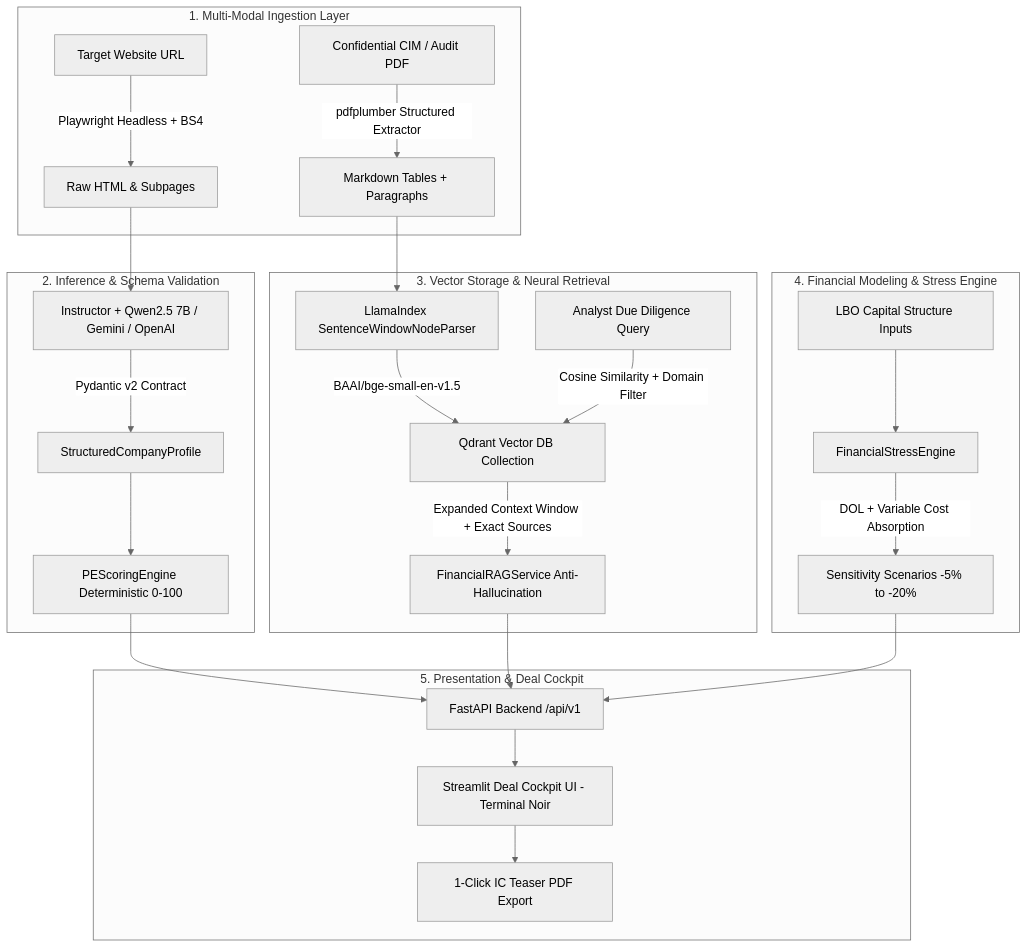
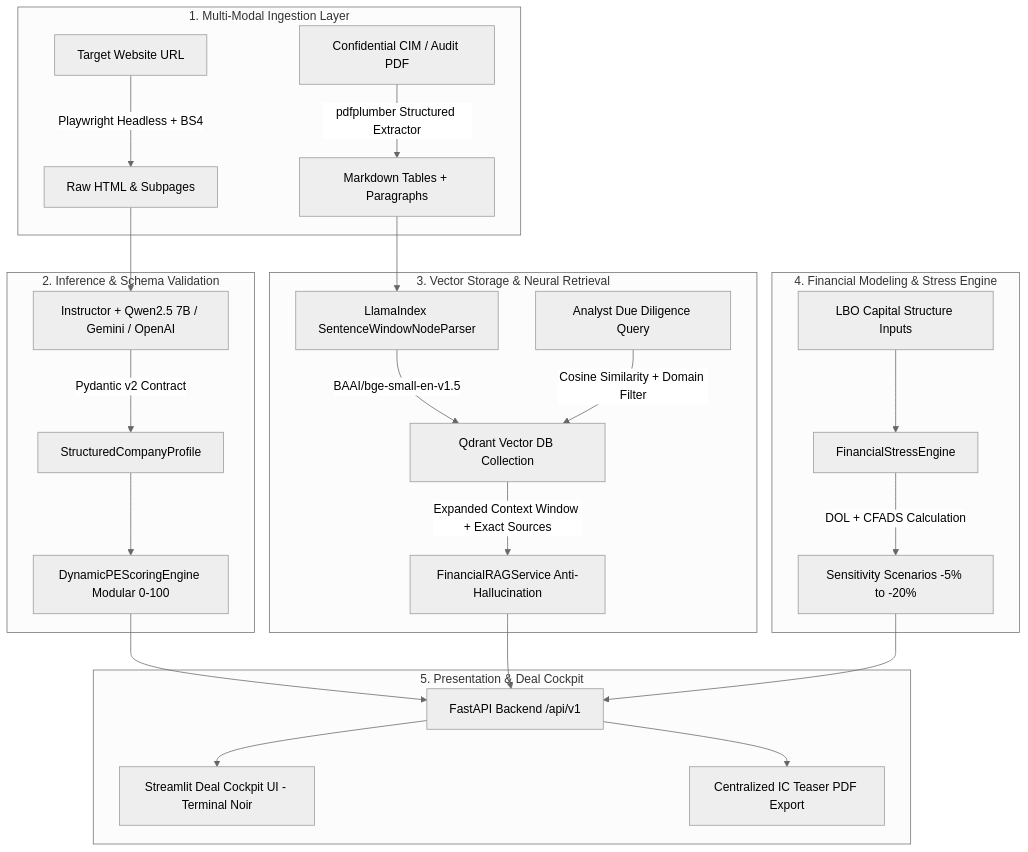
One commit to aiambo08/PE_mvp changed the diagram in README.md. Above: the diagram before and after it, drawn with Mermaid (neutral theme). The commit also changed other lines of this file and 2 other files, not shown here.

````diff
--- a/README.md
+++ b/README.md
@@ -65,33 +66,33 @@
 ```mermaid
 flowchart TD
     subgraph INGESTION ["1. Multi-Modal Ingestion Layer"]
         A1[Target Website URL] -->|Playwright Headless + BS4| B1[Raw HTML & Subpages]
         A2[Confidential CIM / Audit PDF] -->|pdfplumber Structured Extractor| B2[Markdown Tables + Paragraphs]
     end
 
     subgraph STRUCTURAL_AI ["2. Inference & Schema Validation"]
         B1 --> C1[Instructor + Qwen2.5 7B / Gemini / OpenAI]
         C1 -->|Pydantic v2 Contract| D1[StructuredCompanyProfile]
-        D1 --> E1[PEScoringEngine Deterministic 0-100]
+        D1 --> E1[DynamicPEScoringEngine Modular 0-100]
     end
 
     subgraph VECTOR_ENGINE ["3. Vector Storage & Neural Retrieval"]
         B2 --> F1[LlamaIndex SentenceWindowNodeParser]
         F1 -->|BAAI/bge-small-en-v1.5| G1[Qdrant Vector DB Collection]
         H1[Analyst Due Diligence Query] -->|Cosine Similarity + Domain Filter| G1
         G1 -->|Expanded Context Window + Exact Sources| I1[FinancialRAGService Anti-Hallucination]
     end
 
     subgraph FINANCIAL_SIM ["4. Financial Modeling & Stress Engine"]
         J1[LBO Capital Structure Inputs] --> K1[FinancialStressEngine]
-        K1 -->|DOL + Variable Cost Absorption| L1[Sensitivity Scenarios -5% to -20%]
+        K1 -->|DOL + CFADS Calculation| L1[Sensitivity Scenarios -5% to -20%]
     end
 
     subgraph PRESENTATION ["5. Presentation & Deal Cockpit"]
         E1 --> M1[FastAPI Backend /api/v1]
         I1 --> M1
         L1 --> M1
         M1 --> N1[Streamlit Deal Cockpit UI - Terminal Noir]
-        N1 --> O1[1-Click IC Teaser PDF Export]
+        M1 --> O1[Centralized IC Teaser PDF Export]
     end
 ```
````
